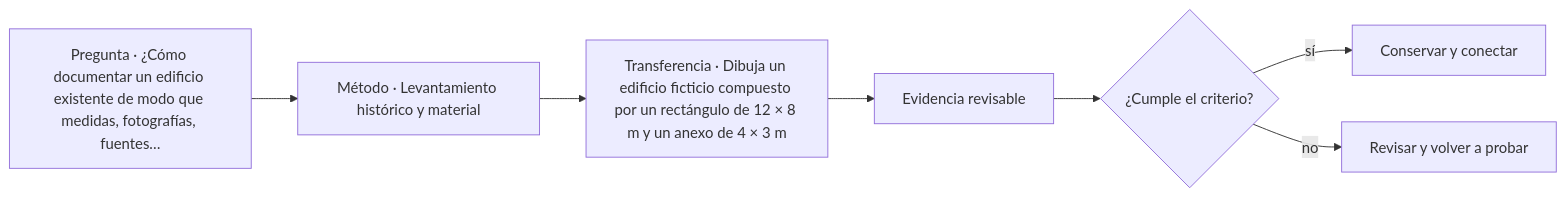
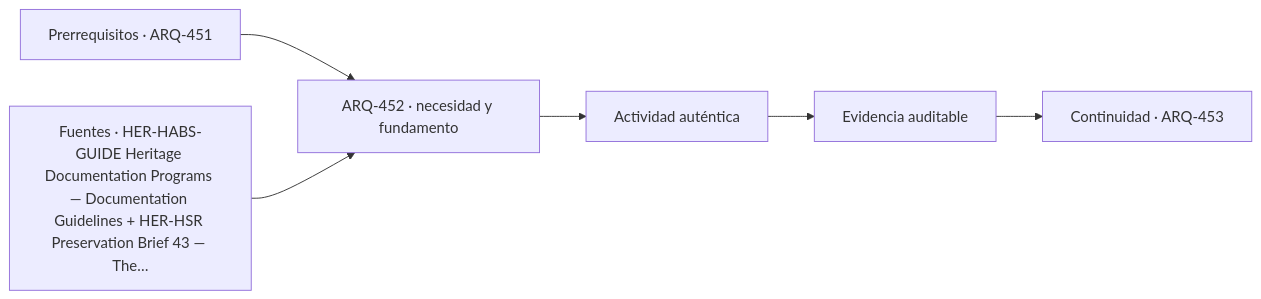
One commit to vladimiracunadev-create/architecture-built-environment-learning-program changed the diagram in classes/parte-46/ARQ-452.md. Above: the diagram before and after it, drawn with Mermaid. The commit also changed other lines of this file and 761 other files, not shown here.

````diff
--- a/classes/parte-46/ARQ-452.md
+++ b/classes/parte-46/ARQ-452.md
@@ -75,9 +87,8 @@
 ```mermaid
 flowchart LR
-    Q["Pregunta · ¿Cómo documentar un edificio existente de modo que medidas, fotografías, fuentes…"] --> M["Método · Levantamiento histórico y material"]
-    M --> P["Transferencia · Dibuja un edificio ficticio compuesto por un rectángulo de 12 × 8 m y un anexo de 4 × 3 m"]
-    P --> E["Evidencia revisable"]
-    E --> C{"¿Cumple el criterio?"}
-    C -->|sí| T["Conservar y conectar"]
-    C -->|no| R["Revisar y volver a probar"]
+    A["Prerrequisitos · ARQ-451"] --> B["ARQ-452 · necesidad y fundamento"]
+    S["Fuentes · HER-HABS-GUIDE Heritage Documentation Programs — Documentation Guidelines + HER-HSR Preservation Brief 43 — The…"] --> B
+    B --> C["Actividad auténtica"]
+    C --> D["Evidencia auditable"]
+    D --> E["Continuidad · ARQ-453"]
 ```
````
